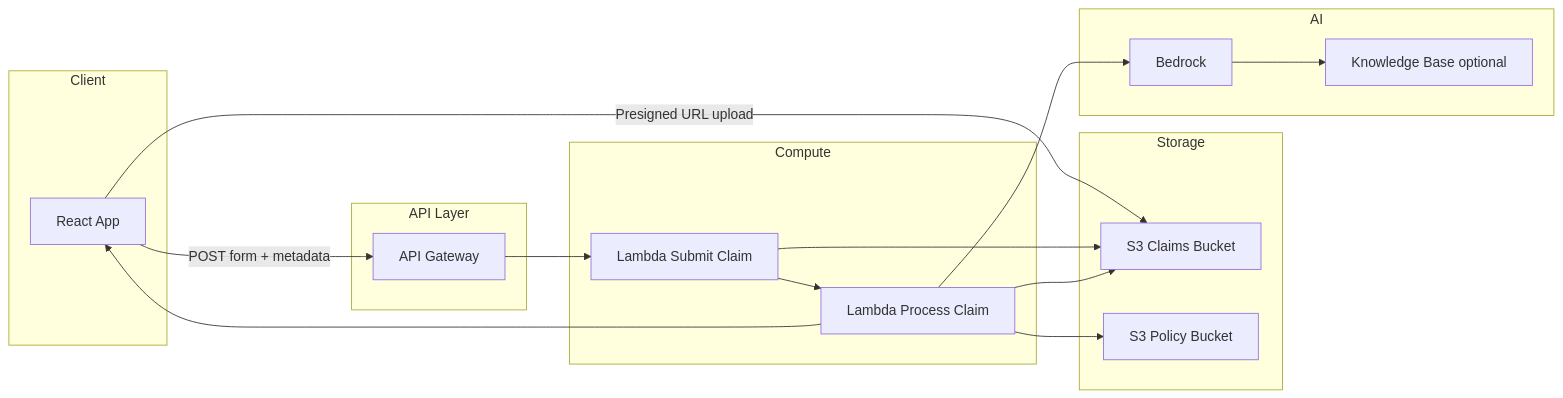
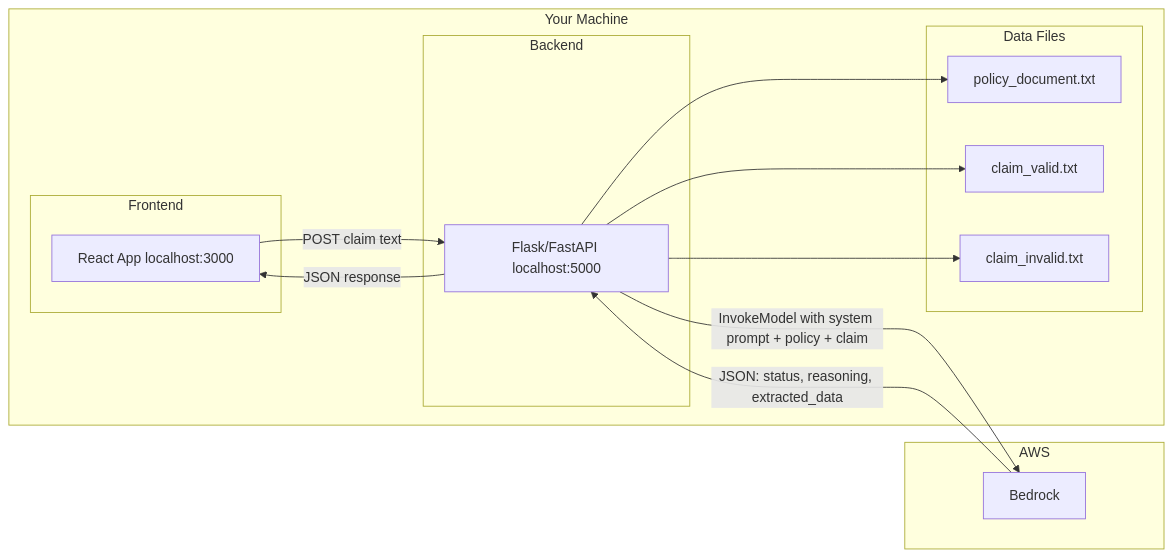
Before and after one commit to go-utsav/Insurance-Claims-Processing-with-Generative-AI-An-AWS-Bedrock-RAG-Implementation: the first of 2 diagrams in .cursor/plans/serverless_fnol_architecture_44c33859.plan.md, drawn with Mermaid. The commit also changed other lines of this file and 39 other files, not shown here.

````diff
--- a/.cursor/plans/serverless_fnol_architecture_44c33859.plan.md
+++ b/.cursor/plans/serverless_fnol_architecture_44c33859.plan.md
@@ -18,31 +22,26 @@
 ```mermaid
 flowchart LR
-    subgraph client [Client]
-        React[React App]
+    subgraph local [Your Machine]
+        subgraph frontend [Frontend]
+            React[React App localhost:3000]
+        end
+        subgraph backend [Backend]
+            API[Flask/FastAPI localhost:5000]
+        end
+        subgraph data [Data Files]
+            Policy[policy_document.txt]
+            ClaimValid[claim_valid.txt]
+            ClaimInvalid[claim_invalid.txt]
+        end
     end
-    subgraph api [API Layer]
-        APIGW[API Gateway]
+    subgraph aws [AWS]
+        Bedrock[Bedrock]
     end
-    subgraph compute [Compute]
-        LambdaSubmit[Lambda Submit Claim]
-        LambdaProcess[Lambda Process Claim]
-    end
-    subgraph storage [Storage]
-        S3Claims[S3 Claims Bucket]
-        S3Policy[S3 Policy Bucket]
-    end
-    subgraph ai [AI]
-        Bedrock[Bedrock]
-        KB[Knowledge Base optional]
-    end
-    React -->|POST form + metadata| APIGW
-    React -->|Presigned URL upload| S3Claims
-    APIGW --> LambdaSubmit
-    LambdaSubmit --> S3Claims
-    LambdaSubmit --> LambdaProcess
-    LambdaProcess --> S3Claims
-    LambdaProcess --> S3Policy
-    LambdaProcess --> Bedrock
-    Bedrock --> KB
-    LambdaProcess --> React
+    React -->|POST claim text| API
+    API --> Policy
+    API --> ClaimValid
+    API --> ClaimInvalid
+    API -->|InvokeModel with system prompt + policy + claim| Bedrock
+    Bedrock -->|JSON: status, reasoning, extracted_data| API
+    API -->|JSON response| React
 ```
````
